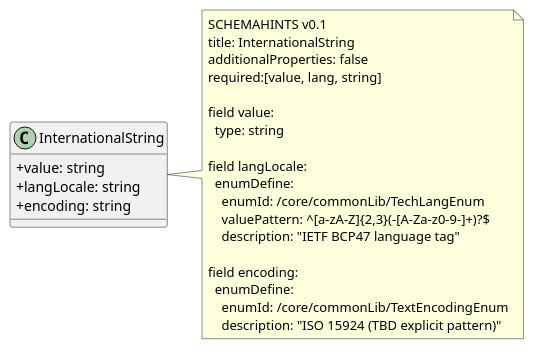
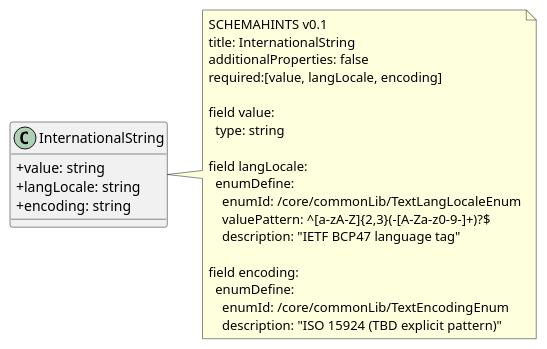
Before and after one commit to decentralized-identity/hatpro-schema-temp: the diagram in packages/core/puml/commonLib/InternationalString.puml, drawn with PlantUML. The commit also changed 3 other files, not shown here.

```diff
--- a/packages/core/puml/commonLib/InternationalString.puml
+++ b/packages/core/puml/commonLib/InternationalString.puml
@@ -2,28 +2,28 @@
 @startuml
 skinparam classAttributeIconSize 0
 class InternationalString {
   +value: string
   +langLocale: string
   +encoding: string
 }
 note right of InternationalString
 SCHEMAHINTS v0.1
 title: InternationalString
 additionalProperties: false
-required:[value, lang, string]
+required:[value, langLocale, encoding]
 
 field value:
   type: string
 
 field langLocale:
   enumDefine:
-    enumId: /core/commonLib/TechLangEnum
+    enumId: /core/commonLib/TextLangLocaleEnum
     valuePattern: ^[a-zA-Z]{2,3}(-[A-Za-z0-9-]+)?$
     description: "IETF BCP47 language tag"
 
 field encoding:
   enumDefine:
     enumId: /core/commonLib/TextEncodingEnum
     description: "ISO 15924 (TBD explicit pattern)"
 end note
 @enduml
```
